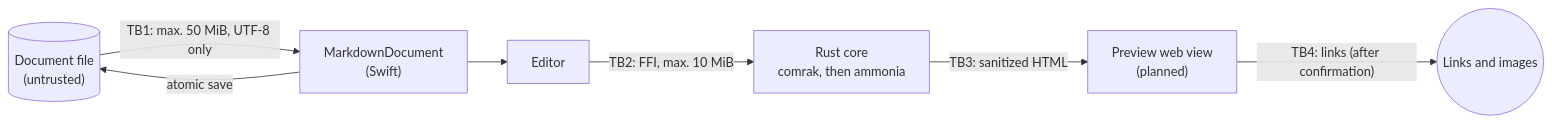
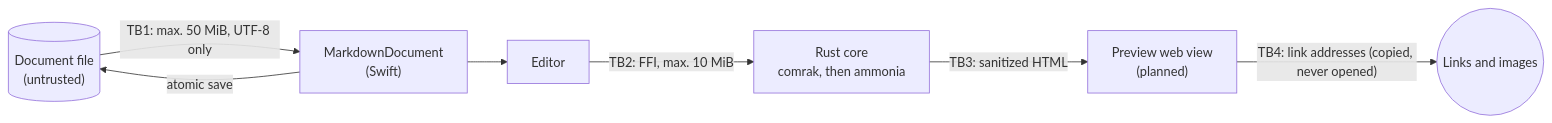
One commit to droczy/markdown-editor changed the diagram in docs/security/threat-model.md. Above: the diagram before and after it, drawn with Mermaid. The commit also changed other lines of this file and 18 other files, not shown here.

First line of the commit message:
feat: copy link addresses instead of opening them (#16)

````diff
--- a/docs/security/threat-model.md
+++ b/docs/security/threat-model.md
@@ -20,16 +20,16 @@
 ```mermaid
 flowchart LR
     file[("Document file<br/>(untrusted)")]
     doc["MarkdownDocument<br/>(Swift)"]
     editor["Editor"]
     core["Rust core<br/>comrak, then ammonia"]
     preview["Preview web view<br/>(planned)"]
     outside(("Links and images"))
 
     file -- "TB1: max. 50 MiB, UTF-8 only" --> doc
     doc -- "atomic save" --> file
     doc --> editor
     editor -- "TB2: FFI, max. 10 MiB" --> core
     core -- "TB3: sanitized HTML" --> preview
-    preview -- "TB4: links (after confirmation)" --> outside
+    preview -- "TB4: link addresses (copied, never opened)" --> outside
 ```
````
